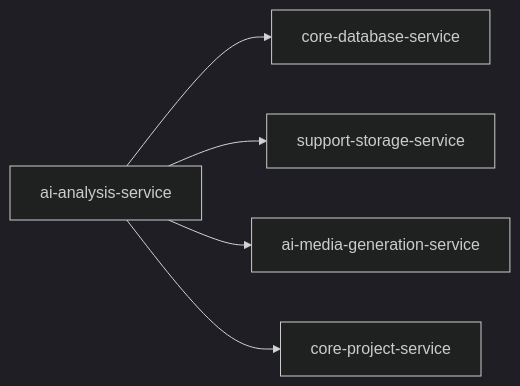
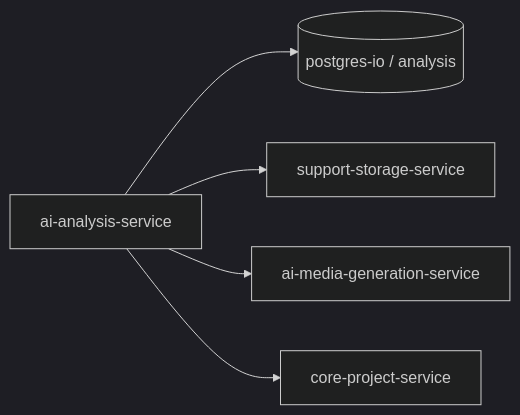
The second of 5 diagrams in microservices/ai-analysis-service.md (VisioBook-ESP/docs-architecture), drawn with Mermaid (dark theme) before and after one commit. The commit also changed other lines of this file and 15 other files, not shown here.

````diff
--- a/microservices/ai-analysis-service.md
+++ b/microservices/ai-analysis-service.md
@@ -363,7 +363,7 @@
 ```mermaid
 graph LR
-    AI[ai-analysis-service] --> DB[core-database-service]
+    AI[ai-analysis-service] --> PG[(postgres-io / analysis)]
     AI --> STORAGE[support-storage-service]
     AI --> MEDIA[ai-media-generation-service]
     AI --> PROJECT[core-project-service]
 ```
````
